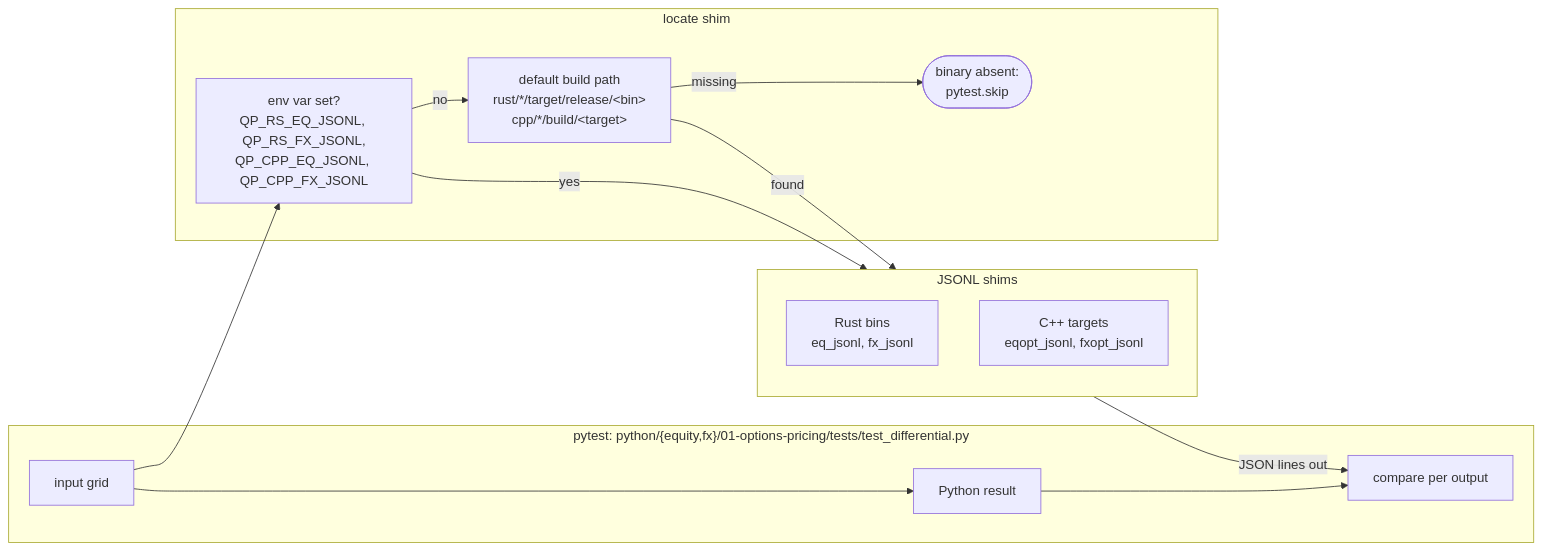
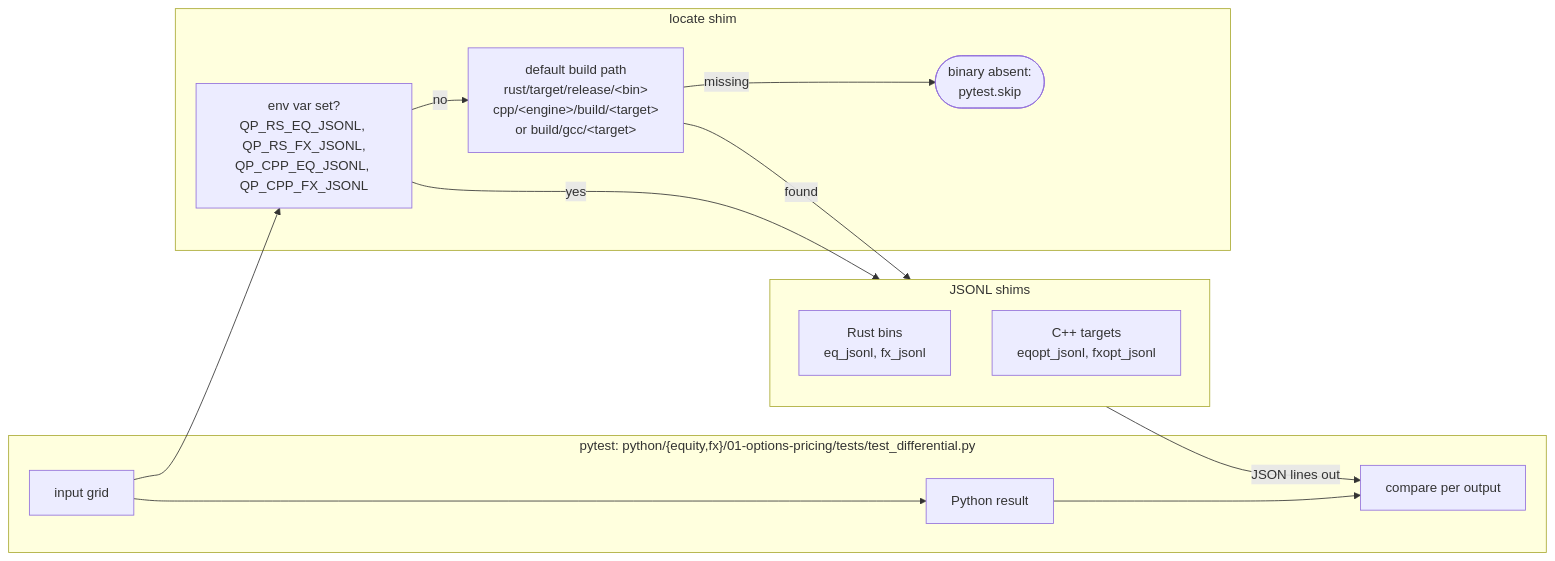
One commit to AshJha0/quant-portfolio changed the third of 6 diagrams in docs/DIAGRAMS.md. Above: the diagram before and after it, drawn with Mermaid. The commit also changed other lines of this file and 13 other files, not shown here.

Commit message:
docs: Round 2 docs pass (README, CONVENTIONS, CHANGELOG, ARCHITECTURE, DIAGRAMS, COOKBOOK, LEARN, package docs)

````diff
--- a/docs/DIAGRAMS.md
+++ b/docs/DIAGRAMS.md
@@ -100,27 +100,27 @@
 ```mermaid
 flowchart LR
     subgraph PYT["pytest: python/{equity,fx}/01-options-pricing/tests/test_differential.py"]
         GRID["input grid"]
         REF["Python result"]
         CMP["compare per output"]
     end
 
     subgraph LOC["locate shim"]
         ENV["env var set?<br/>QP_RS_EQ_JSONL, QP_RS_FX_JSONL,<br/>QP_CPP_EQ_JSONL, QP_CPP_FX_JSONL"]
-        DEF["default build path<br/>rust/*/target/release/&lt;bin&gt;<br/>cpp/*/build/&lt;target&gt;"]
+        DEF["default build path<br/>rust/target/release/&lt;bin&gt;<br/>cpp/&lt;engine&gt;/build/&lt;target&gt;<br/>or build/gcc/&lt;target&gt;"]
         SKIP(["binary absent:<br/>pytest.skip"])
     end
 
     subgraph SHIMS["JSONL shims"]
         RS["Rust bins<br/>eq_jsonl, fx_jsonl"]
         CX["C++ targets<br/>eqopt_jsonl, fxopt_jsonl"]
     end
 
     GRID --> REF --> CMP
     GRID --> ENV
     ENV -->|no| DEF
     ENV -->|yes| SHIMS
     DEF -->|found| SHIMS
     DEF -->|missing| SKIP
     SHIMS -->|JSON lines out| CMP
 ```
````
